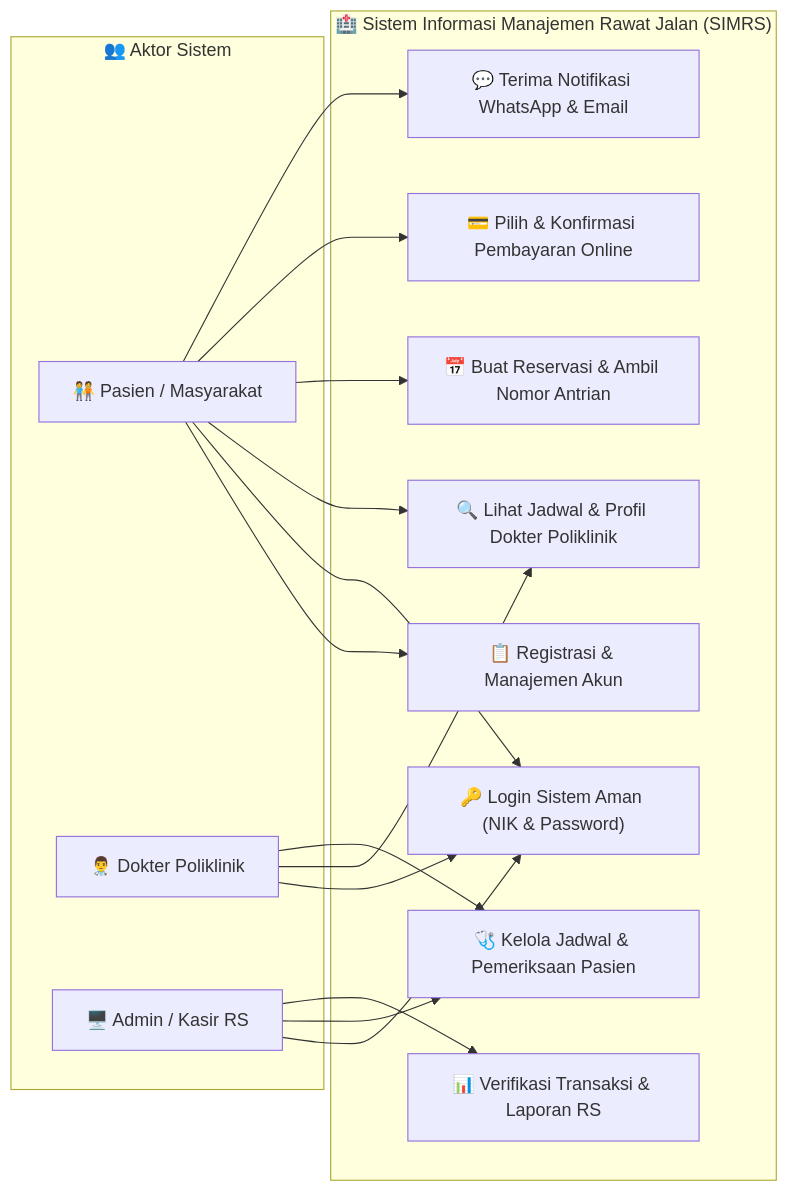
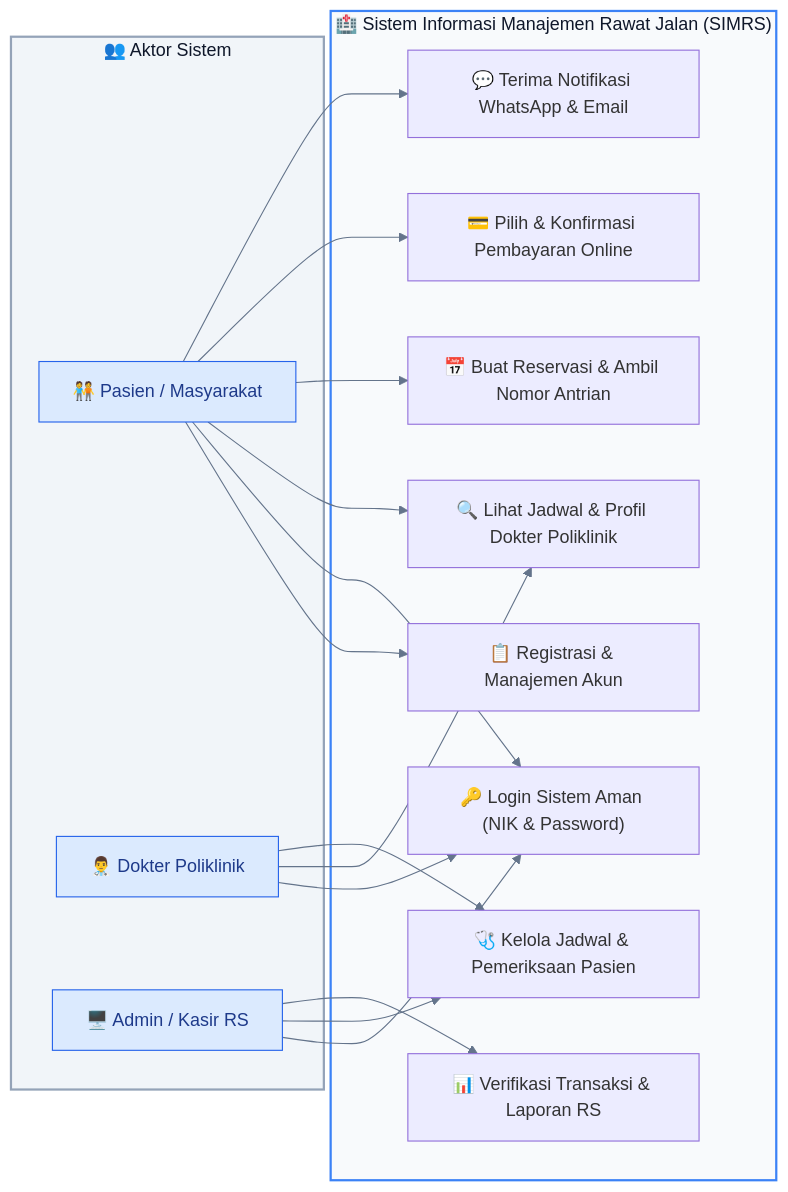
The first of 5 diagrams in docs/diagram_laporan_simrs.md (wonkbrebes/rme_ralan), drawn with Mermaid before and after one commit. The commit also changed other lines of this file, not shown here.

Commit message:
docs: update system diagrams with solid white background theme for academic lab report printing

````diff
--- a/docs/diagram_laporan_simrs.md
+++ b/docs/diagram_laporan_simrs.md
@@ -12,34 +17,41 @@
 ```mermaid
+%%{init: {'theme': 'default', 'themeVariables': { 'background': '#ffffff', 'primaryColor': '#eff6ff', 'primaryTextColor': '#1e293b', 'primaryBorderColor': '#3b82f6', 'lineColor': '#64748b', 'clusterBkg': '#f8fafc', 'clusterBorder': '#cbd5e1' }}}%%
 graph LR
     subgraph Aktor["👥 Aktor Sistem"]
         Pasien["🧑‍🤝‍🧑 Pasien / Masyarakat"]
         Dokter["👨‍⚕️ Dokter Poliklinik"]
         Admin["🖥️ Admin / Kasir RS"]
     end
 
     subgraph SIMRS["🏥 Sistem Informasi Manajemen Rawat Jalan (SIMRS)"]
         UC1["📋 Registrasi & Manajemen Akun"]
         UC2["🔑 Login Sistem Aman (NIK & Password)"]
         UC3["🔍 Lihat Jadwal & Profil Dokter Poliklinik"]
         UC4["📅 Buat Reservasi & Ambil Nomor Antrian"]
         UC5["💳 Pilih & Konfirmasi Pembayaran Online"]
         UC6["💬 Terima Notifikasi WhatsApp & Email"]
         UC7["🩺 Kelola Jadwal & Pemeriksaan Pasien"]
         UC8["📊 Verifikasi Transaksi & Laporan RS"]
     end
 
     Pasien --> UC1
     Pasien --> UC2
     Pasien --> UC3
     Pasien --> UC4
     Pasien --> UC5
     Pasien --> UC6
 
     Dokter --> UC2
     Dokter --> UC3
     Dokter --> UC7
 
     Admin --> UC2
     Admin --> UC7
     Admin --> UC8
+
+    style Aktor fill:#f1f5f9,stroke:#94a3b8,stroke-width:2px,color:#0f172a
+    style SIMRS fill:#f8fafc,stroke:#3b82f6,stroke-width:2px,color:#0f172a
+    style Pasien fill:#dbeafe,stroke:#2563eb,color:#1e3a8a
+    style Dokter fill:#dbeafe,stroke:#2563eb,color:#1e3a8a
+    style Admin fill:#dbeafe,stroke:#2563eb,color:#1e3a8a
 ```
````
